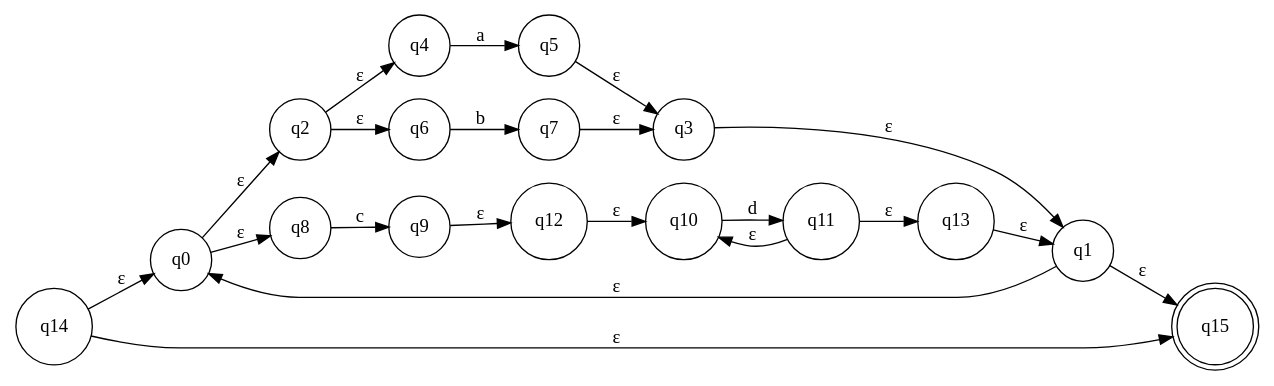
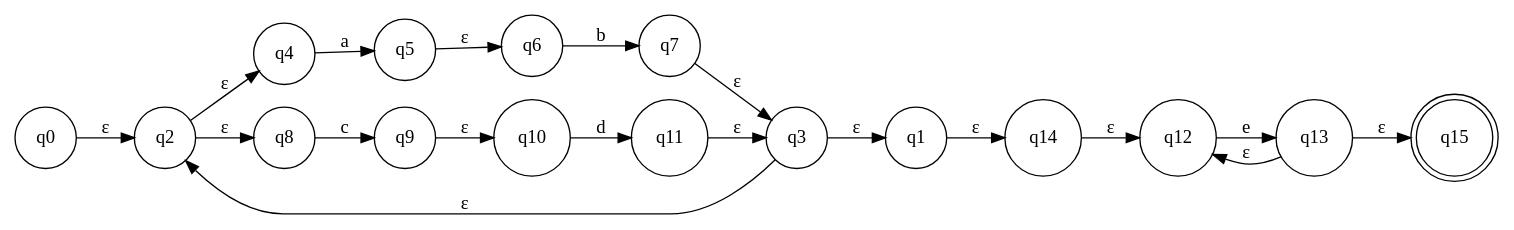
Before and after one commit to DjoCoding/regex: the diagram in nfa.dot, drawn with Graphviz. The commit also changed 12 other files, not shown here.

```diff
--- a/nfa.dot
+++ b/nfa.dot
@@ -1,40 +1,38 @@
 digraph NFA {
 	rankdir=LR;
 	node [shape=circle];
-	q14 [label="q14"];
-	q14 -> q0 [label="ε"];
 	q0 [label="q0"];
 	q0 -> q2 [label="ε"];
 	q2 [label="q2"];
 	q2 -> q4 [label="ε"];
 	q4 [label="q4"];
 	q4 -> q5 [label="a"];
 	q5 [label="q5"];
-	q5 -> q3 [label="ε"];
-	q3 [label="q3"];
-	q3 -> q1 [label="ε"];
-	q1 [label="q1"];
-	q1 -> q15 [label="ε"];
-	q15 [shape=doublecircle];
-	q1 -> q0 [label="ε"];
-	q2 -> q6 [label="ε"];
+	q5 -> q6 [label="ε"];
 	q6 [label="q6"];
 	q6 -> q7 [label="b"];
 	q7 [label="q7"];
 	q7 -> q3 [label="ε"];
-	q0 -> q8 [label="ε"];
+	q3 [label="q3"];
+	q3 -> q2 [label="ε"];
+	q3 -> q1 [label="ε"];
+	q1 [label="q1"];
+	q1 -> q14 [label="ε"];
+	q14 [label="q14"];
+	q14 -> q12 [label="ε"];
+	q12 [label="q12"];
+	q12 -> q13 [label="e"];
+	q13 [label="q13"];
+	q13 -> q15 [label="ε"];
+	q15 [shape=doublecircle];
+	q13 -> q12 [label="ε"];
+	q2 -> q8 [label="ε"];
 	q8 [label="q8"];
 	q8 -> q9 [label="c"];
 	q9 [label="q9"];
-	q9 -> q12 [label="ε"];
-	q12 [label="q12"];
-	q12 -> q10 [label="ε"];
+	q9 -> q10 [label="ε"];
 	q10 [label="q10"];
 	q10 -> q11 [label="d"];
 	q11 [label="q11"];
-	q11 -> q13 [label="ε"];
-	q13 [label="q13"];
-	q13 -> q1 [label="ε"];
-	q11 -> q10 [label="ε"];
-	q14 -> q15 [label="ε"];
+	q11 -> q3 [label="ε"];
 }
```
